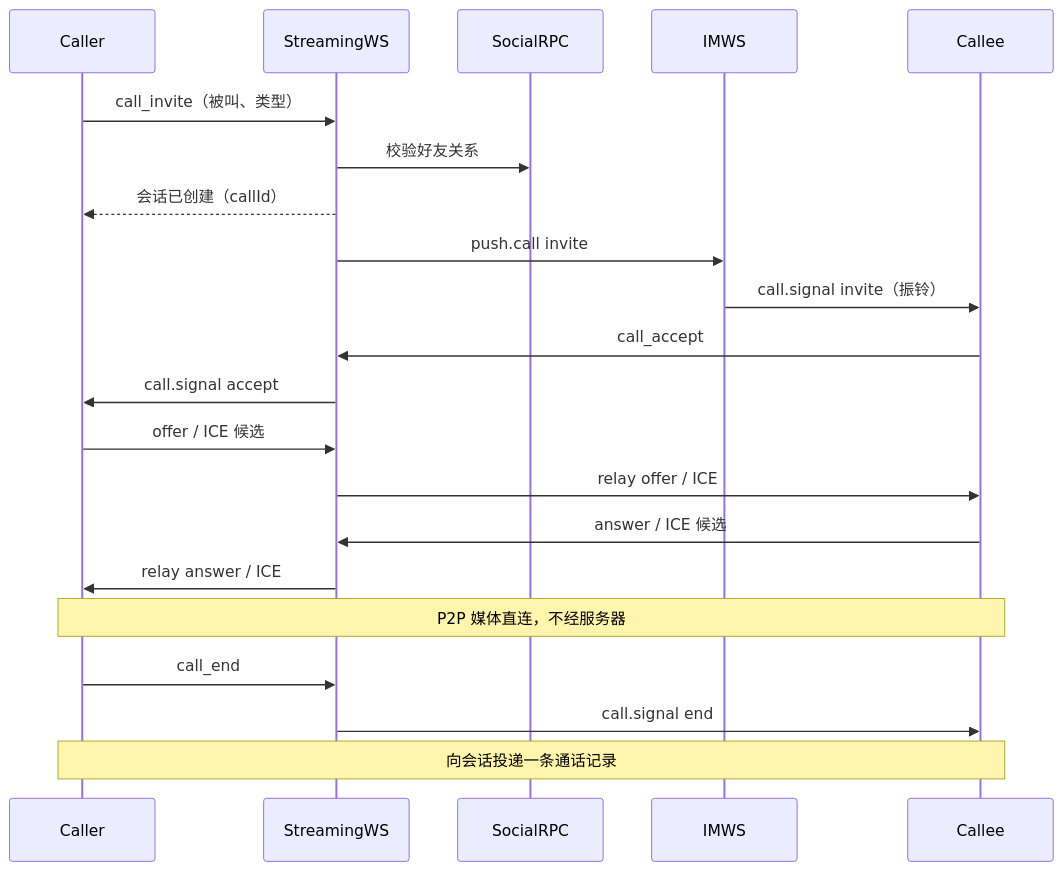
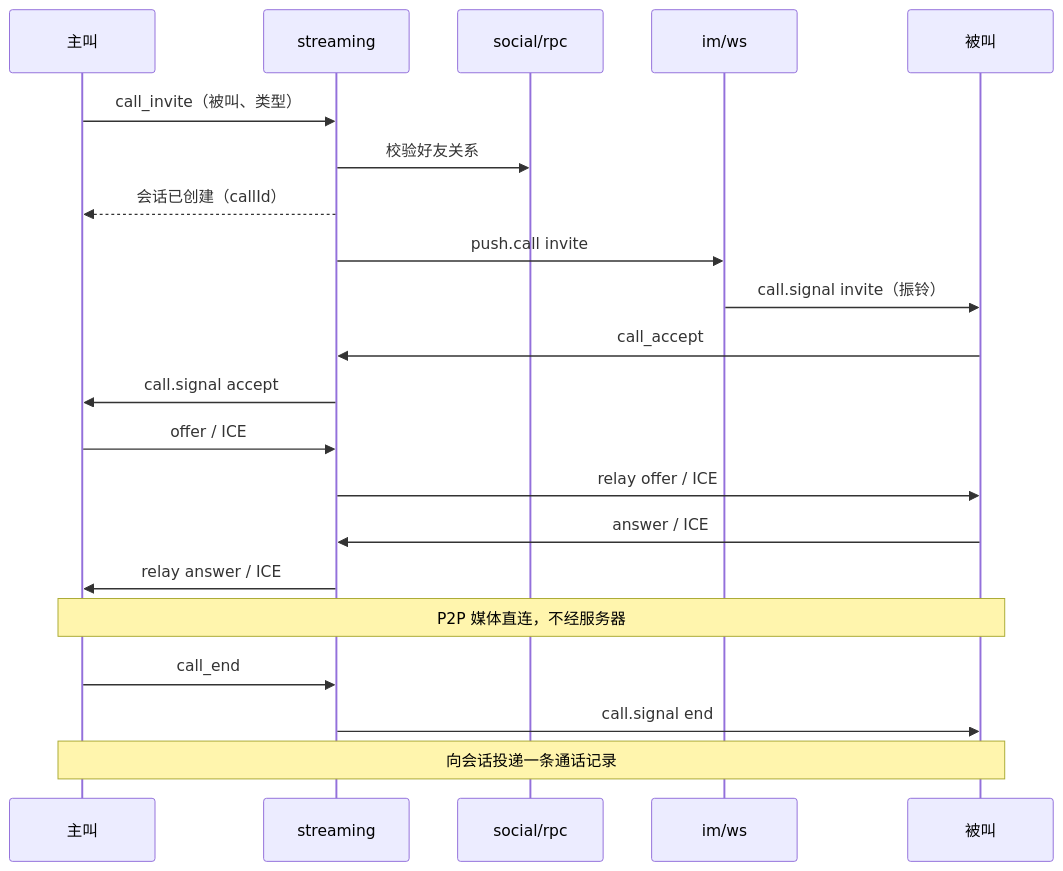
Before and after one commit to iceymoss/go-hichat-api: the fifth of 6 diagrams in docs/README.zh-CN.md, drawn with Mermaid. The commit also changed other lines of this file and 1 other file, not shown here.

First line of the commit message:
docs: humanize sequence diagrams and fix Go version

````diff
--- a/docs/README.zh-CN.md
+++ b/docs/README.zh-CN.md
@@ -165,18 +193,23 @@
 ```mermaid
 sequenceDiagram
-  Caller->>StreamingWS: call_invite（被叫、类型）
-  StreamingWS->>SocialRPC: 校验好友关系
-  StreamingWS-->>Caller: 会话已创建（callId）
-  StreamingWS->>IMWS: push.call invite
-  IMWS->>Callee: call.signal invite（振铃）
-  Callee->>StreamingWS: call_accept
-  StreamingWS->>Caller: call.signal accept
-  Caller->>StreamingWS: offer / ICE 候选
-  StreamingWS->>Callee: relay offer / ICE
-  Callee->>StreamingWS: answer / ICE 候选
-  StreamingWS->>Caller: relay answer / ICE
-  Note over Caller,Callee: P2P 媒体直连，不经服务器
-  Caller->>StreamingWS: call_end
-  StreamingWS->>Callee: call.signal end
-  Note over Caller,Callee: 向会话投递一条通话记录
+  participant A as 主叫
+  participant ST as streaming
+  participant SR as social/rpc
+  participant WS as im/ws
+  participant B as 被叫
+  A->>ST: call_invite（被叫、类型）
+  ST->>SR: 校验好友关系
+  ST-->>A: 会话已创建（callId）
+  ST->>WS: push.call invite
+  WS->>B: call.signal invite（振铃）
+  B->>ST: call_accept
+  ST->>A: call.signal accept
+  A->>ST: offer / ICE
+  ST->>B: relay offer / ICE
+  B->>ST: answer / ICE
+  ST->>A: relay answer / ICE
+  Note over A,B: P2P 媒体直连，不经服务器
+  A->>ST: call_end
+  ST->>B: call.signal end
+  Note over A,B: 向会话投递一条通话记录
 ```
````
